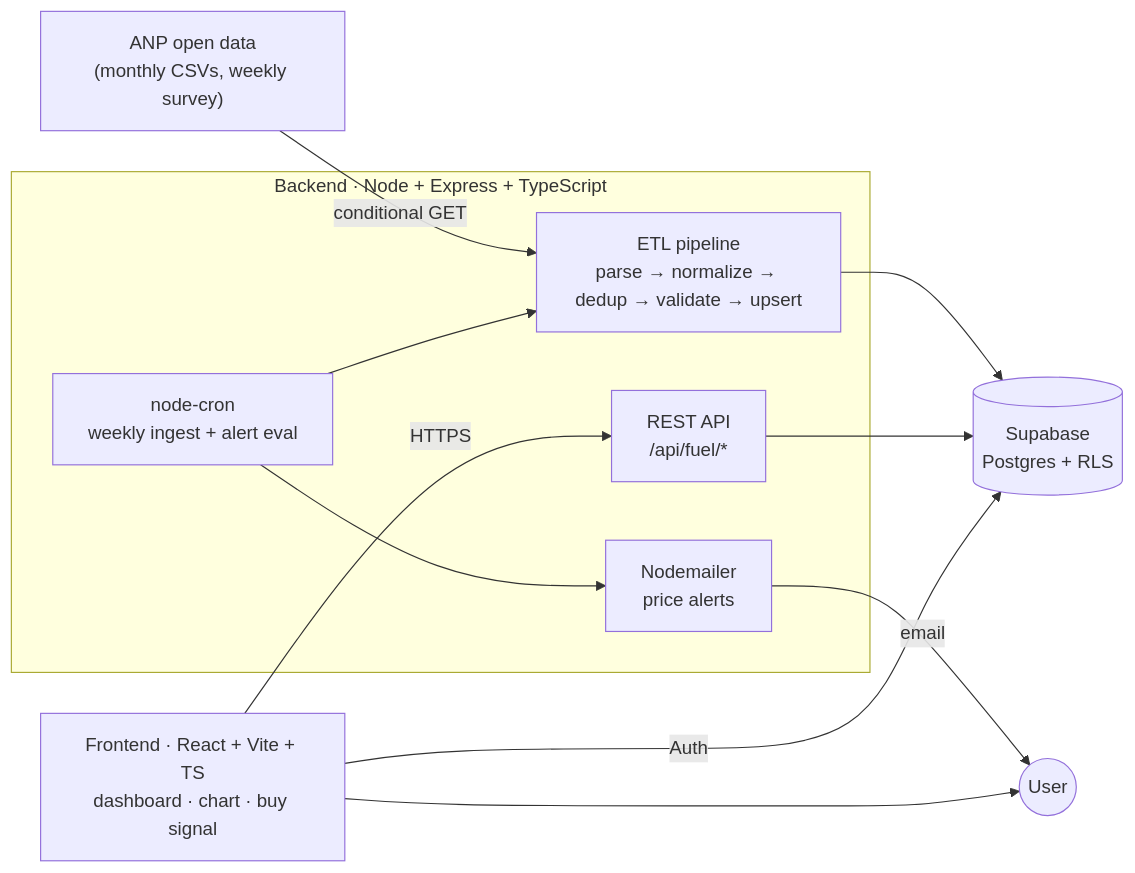
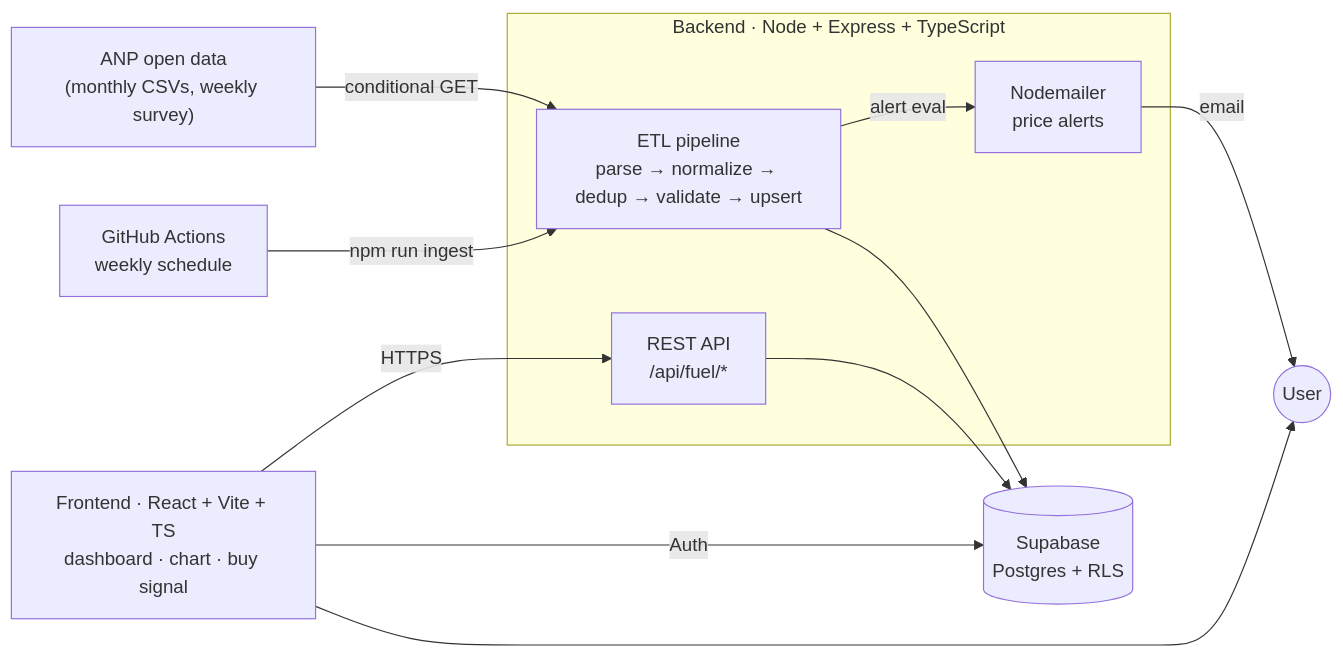
Before and after one commit to bernardobbl/price-tracker-pro: the diagram in README.md, drawn with Mermaid. The commit also changed other lines of this file and 1 other file, not shown here.

````diff
--- a/README.md
+++ b/README.md
@@ -41,25 +48,26 @@
 ```mermaid
 flowchart LR
   ANP["ANP open data<br/>(monthly CSVs, weekly survey)"]
 
+  GHA["GitHub Actions<br/>weekly schedule"]
+
   subgraph Backend["Backend · Node + Express + TypeScript"]
     ETL["ETL pipeline<br/>parse → normalize → dedup → validate → upsert"]
     API["REST API<br/>/api/fuel/*"]
-    CRON["node-cron<br/>weekly ingest + alert eval"]
     MAIL["Nodemailer<br/>price alerts"]
   end
 
   DB[("Supabase<br/>Postgres + RLS")]
   FE["Frontend · React + Vite + TS<br/>dashboard · chart · buy signal"]
   USER((User))
 
   ANP -->|"conditional GET"| ETL
-  CRON --> ETL
-  CRON --> MAIL
+  GHA -->|"npm run ingest"| ETL
+  ETL -->|"alert eval"| MAIL
   ETL --> DB
   API --> DB
   FE -->|HTTPS| API
   FE -->|Auth| DB
   MAIL -->|email| USER
   FE --> USER
 ```
````
